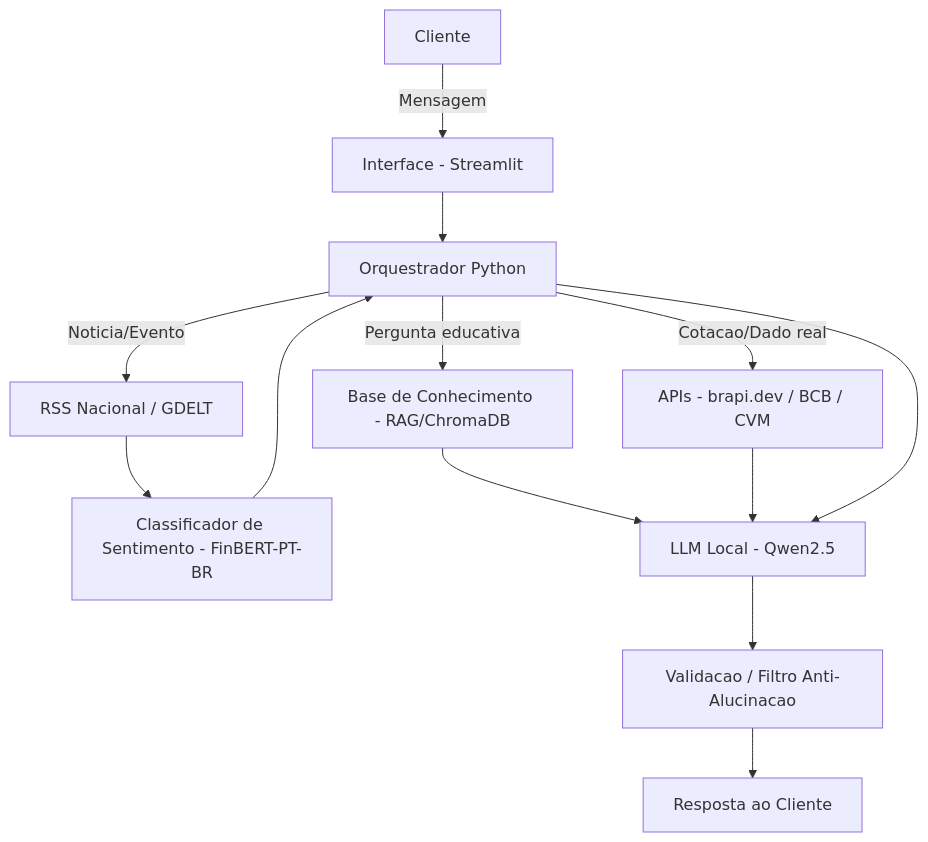
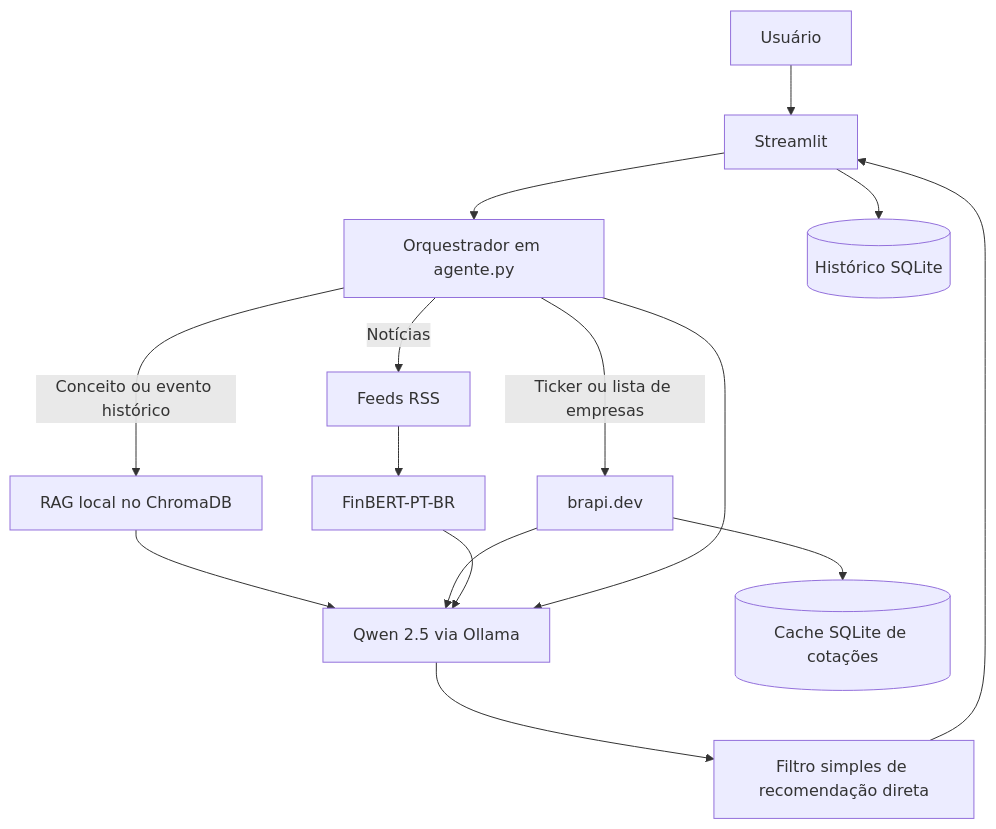
One commit to ThierryHdaSilva/Assistente_Virtual_LLM changed the diagram in docs/01-documentacao-agente.md. Above: the diagram before and after it, drawn with Mermaid. The commit also changed other lines of this file and 239 other files, not shown here.

````diff
--- a/docs/01-documentacao-agente.md
+++ b/docs/01-documentacao-agente.md
@@ -76,15 +44,20 @@
 ```mermaid
 flowchart TD
-    A[Cliente] -->|Mensagem| B[Interface - Streamlit]
-    B --> C[Orquestrador Python]
-    C -->|Pergunta educativa| D1[Base de Conhecimento - RAG/ChromaDB]
-    C -->|Cotacao/Dado real| D2[APIs - brapi.dev / BCB / CVM]
-    C -->|Noticia/Evento| D3[RSS Nacional / GDELT]
-    D3 --> S[Classificador de Sentimento - FinBERT-PT-BR]
-    S --> C
-    D1 --> E[LLM Local - Qwen2.5]
-    D2 --> E
-    C --> E
-    E --> F[Validacao / Filtro Anti-Alucinacao]
-    F --> G[Resposta ao Cliente]
+    U[Usuário] --> UI[Streamlit]
+    UI --> O[Orquestrador em agente.py]
+
+    O -->|Conceito ou evento histórico| R[RAG local no ChromaDB]
+    O -->|Ticker ou lista de empresas| B[brapi.dev]
+    O -->|Notícias| N[Feeds RSS]
+    N --> F[FinBERT-PT-BR]
+
+    R --> L[Qwen 2.5 via Ollama]
+    B --> L
+    F --> L
+    O --> L
+    L --> V[Filtro simples de recomendação direta]
+    V --> UI
+
+    UI --> H[(Histórico SQLite)]
+    B --> C[(Cache SQLite de cotações)]
 ```
````
